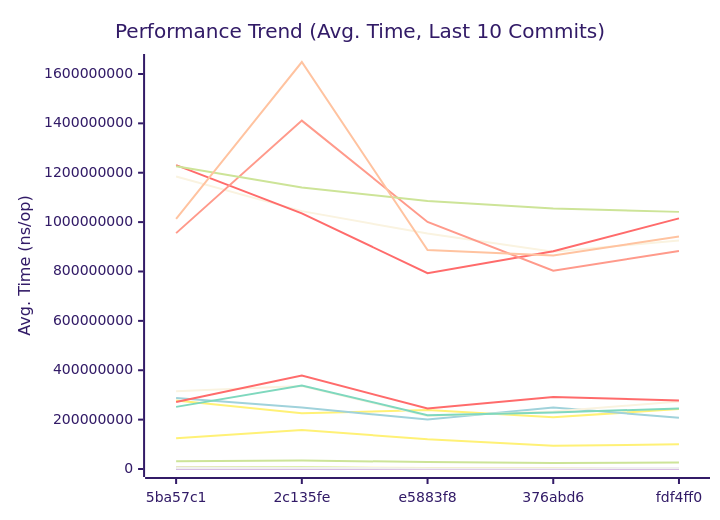
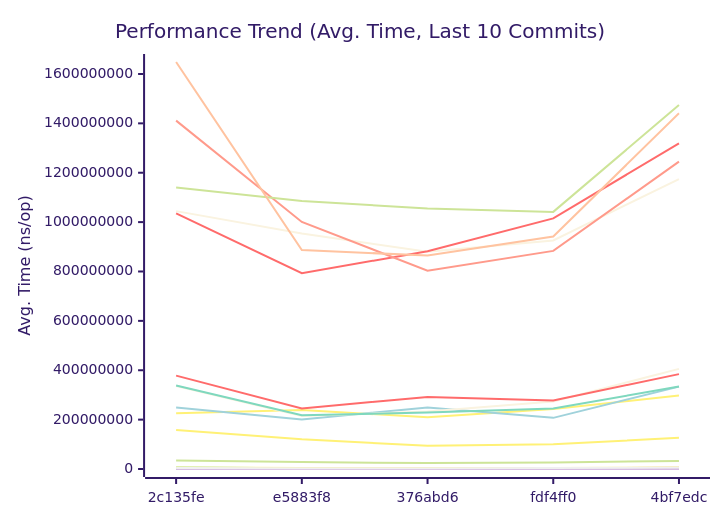
The first of 3 diagrams in docs/PERFORMANCE.md (alsotoes/momo), drawn with Mermaid (forest theme) before and after one commit. The commit also changed other lines of this file and 4 other files, not shown here.

````diff
--- a/docs/PERFORMANCE.md
+++ b/docs/PERFORMANCE.md
@@ -260,44 +259,44 @@
 ```mermaid
 xychart-beta
     title "Performance Trend (Avg. Time, Last 10 Commits)"
     x-axis "Commit"
     y-axis "Avg. Time (ns/op)"
-    x-axis [5ba57c1,2c135fe,e5883f8,376abd6,fdf4ff0]
-    line "AWSChunkedReaderSigned" [564386,758672,413086,397685,535625,618041,521824,584439,539275,522839]
-    line "AWSChunkedReaderUnsigned" [593238,672192,414070,405982,479460,573661,451522,611665,550355,604498]
-    line "CheckMetricsAndSwap" [13,15,8,7,10,10,17,10,11,10]
-    line "CrushOptimized" [372,348,300,328,320,458,539,432,471,405]
-    line "CrushOriginal" [670,500,425,443,407,633,730,712,650,699]
-    line "FormatListObjectsV2XML_AppendFormat" [926975,915187,583023,566690,627648,848928,1046717,799795,1039816,911991]
-    line "FormatListObjectsV2XML_OldFormat" [571332,678624,365879,366636,408457,535755,745142,464905,458449,554255]
-    line "HashBytes/1MiB" [5002278,3553145,3949669,3443981,3592333,5110585,4751175,5064237,4383380,5547571]
-    line "HashBytes/256MiB" [1184745180,1044551719,953557308,880098861,925707610,1174333367,1221858506,1419279092,1145420213,1150583944]
-    line "HashBytes/64MiB" [277796866,225326458,239330627,209418782,242948441,297766074,317593619,355000134,315394868,341933076]
-    line "HashFile/1MiB" [4310666,4389479,3364281,3842035,3350950,4950193,5129547,5747827,5999828,5183292]
-    line "HashFile/256MiB" [1231037862,1035601414,793044431,881918242,1015211606,1319192441,1310601572,1273023822,1457159370,1166573869]
-    line "HashFile/64MiB" [287252666,248823362,200009250,249484580,207167851,333549904,329592825,282613785,330397537,289173153]
-    line "IndexDirectTracking" [1,1,0,0,0,1,1,0,0,1]
-    line "IndexSearch" [2,3,2,2,2,2,5,4,3,3]
-    line "LastModifiedHeader_AppendFormat" [335,327,200,185,228,286,252,340,415,345]
-    line "LastModifiedHeader_Format" [375,540,279,262,285,385,350,398,514,394]
-    line "LoadGlobalConfig" [13002,10458,9205,9952,8921,13356,14511,16366,13776,15095]
-    line "LocalWrite/1MiB" [429345,817681,719361,445767,431598,526423,795470,552166,778898,525512]
-    line "LocalWrite/256MiB" [124110973,158044809,120298309,94142106,100079806,126435842,151118283,121284509,138380852,128601282]
-    line "LocalWrite/64MiB" [30969681,34833751,27951923,24072639,25874779,32839259,53059327,32531111,36029215,35542782]
-    line "PadString" [62,58,41,57,53,71,49,70,69,64]
+    x-axis [2c135fe,e5883f8,376abd6,fdf4ff0,4bf7edc]
+    line "AWSChunkedReaderSigned" [758672,413086,397685,535625,618041,521824,584439,539275,522839,619200]
+    line "AWSChunkedReaderUnsigned" [672192,414070,405982,479460,573661,451522,611665,550355,604498,664009]
+    line "CheckMetricsAndSwap" [15,8,7,10,10,17,10,11,10,10]
+    line "CrushOptimized" [348,300,328,320,458,539,432,471,405,485]
+    line "CrushOriginal" [500,425,443,407,633,730,712,650,699,646]
+    line "FormatListObjectsV2XML_AppendFormat" [915187,583023,566690,627648,848928,1046717,799795,1039816,911991,1056478]
+    line "FormatListObjectsV2XML_OldFormat" [678624,365879,366636,408457,535755,745142,464905,458449,554255,545961]
+    line "HashBytes/1MiB" [3553145,3949669,3443981,3592333,5110585,4751175,5064237,4383380,5547571,5240058]
+    line "HashBytes/256MiB" [1044551719,953557308,880098861,925707610,1174333367,1221858506,1419279092,1145420213,1150583944,1206314796]
+    line "HashBytes/64MiB" [225326458,239330627,209418782,242948441,297766074,317593619,355000134,315394868,341933076,357748084]
+    line "HashFile/1MiB" [4389479,3364281,3842035,3350950,4950193,5129547,5747827,5999828,5183292,5520031]
+    line "HashFile/256MiB" [1035601414,793044431,881918242,1015211606,1319192441,1310601572,1273023822,1457159370,1166573869,1388569817]
+    line "HashFile/64MiB" [248823362,200009250,249484580,207167851,333549904,329592825,282613785,330397537,289173153,345945889]
+    line "IndexDirectTracking" [1,0,0,0,1,1,0,0,1,1]
+    line "IndexSearch" [3,2,2,2,2,5,4,3,3,4]
+    line "LastModifiedHeader_AppendFormat" [327,200,185,228,286,252,340,415,345,364]
+    line "LastModifiedHeader_Format" [540,279,262,285,385,350,398,514,394,431]
+    line "LoadGlobalConfig" [10458,9205,9952,8921,13356,14511,16366,13776,15095,13488]
+    line "LocalWrite/1MiB" [817681,719361,445767,431598,526423,795470,552166,778898,525512,577002]
+    line "LocalWrite/256MiB" [158044809,120298309,94142106,100079806,126435842,151118283,121284509,138380852,128601282,128702495]
+    line "LocalWrite/64MiB" [34833751,27951923,24072639,25874779,32839259,53059327,32531111,36029215,35542782,33119476]
+    line "PadString" [58,41,57,53,71,49,70,69,64,70]
     line "ParseReplicationOrder_NoPrealloc" [350,349,357,354,345,225,229,165,232,234]
     line "ParseReplicationOrder_Prealloc" [229,231,237,234,229,108,107,80,110,109]
-    line "Placement" [6310,5825,4876,5168,4621,6718,8505,7344,6922,7453]
-    line "PlacementDomainSpread" [6385,6405,5139,5453,5023,6553,8563,7236,7465,7811]
-    line "ReadVerify/1MiB" [4903321,6081724,3136229,3798416,3596845,4460850,5088522,3970325,4753309,4723356]
-    line "ReadVerify/256MiB" [955370931,1411104961,1000738329,803259188,883417974,1244837167,1337973310,1152182050,1249327431,1431247520]
-    line "ReadVerify/64MiB" [315121783,335838061,214326196,232435503,273582930,405518693,335223998,288365836,309264832,334268234]
-    line "S3PutSpool/1MiB" [4750326,6562486,3791252,4349655,4494504,5795780,6486611,5066289,6659391,6179992]
-    line "S3PutSpool/256MiB" [1226604254,1140637754,1085496919,1054828608,1041459785,1474423367,1414994967,1327631659,1627622695,1567298391]
-    line "S3PutSpool/64MiB" [271159852,378241377,245496530,292024160,277039985,384356699,395378107,282251478,366146558,388891982]
-    line "SanitizeLog/Safe" [286,286,227,233,295,361,256,386,270,283]
-    line "SanitizeLog/Unsafe" [1036,1495,681,684,922,1091,801,1163,1016,1039]
-    line "TrustedRead/1MiB" [4495398,3669866,3527534,3390683,4063744,6459603,5688219,4848751,4607932,6032847]
-    line "TrustedRead/256MiB" [1012880474,1648511504,887056660,864337055,941546678,1440831398,1532603475,1223453299,1410403058,1131933188]
-    line "TrustedRead/64MiB" [251602823,338500502,217741152,228835469,245169178,333995810,418960245,336501521,296487000,387555406]
+    line "Placement" [5825,4876,5168,4621,6718,8505,7344,6922,7453,7406]
+    line "PlacementDomainSpread" [6405,5139,5453,5023,6553,8563,7236,7465,7811,7868]
+    line "ReadVerify/1MiB" [6081724,3136229,3798416,3596845,4460850,5088522,3970325,4753309,4723356,4600918]
+    line "ReadVerify/256MiB" [1411104961,1000738329,803259188,883417974,1244837167,1337973310,1152182050,1249327431,1431247520,1374887457]
+    line "ReadVerify/64MiB" [335838061,214326196,232435503,273582930,405518693,335223998,288365836,309264832,334268234,343492740]
+    line "S3PutSpool/1MiB" [6562486,3791252,4349655,4494504,5795780,6486611,5066289,6659391,6179992,6697030]
+    line "S3PutSpool/256MiB" [1140637754,1085496919,1054828608,1041459785,1474423367,1414994967,1327631659,1627622695,1567298391,1766547568]
+    line "S3PutSpool/64MiB" [378241377,245496530,292024160,277039985,384356699,395378107,282251478,366146558,388891982,382189999]
+    line "SanitizeLog/Safe" [286,227,233,295,361,256,386,270,283,316]
+    line "SanitizeLog/Unsafe" [1495,681,684,922,1091,801,1163,1016,1039,1170]
+    line "TrustedRead/1MiB" [3669866,3527534,3390683,4063744,6459603,5688219,4848751,4607932,6032847,6124228]
+    line "TrustedRead/256MiB" [1648511504,887056660,864337055,941546678,1440831398,1532603475,1223453299,1410403058,1131933188,1326976357]
+    line "TrustedRead/64MiB" [338500502,217741152,228835469,245169178,333995810,418960245,336501521,296487000,387555406,411444369]
 ```
````
